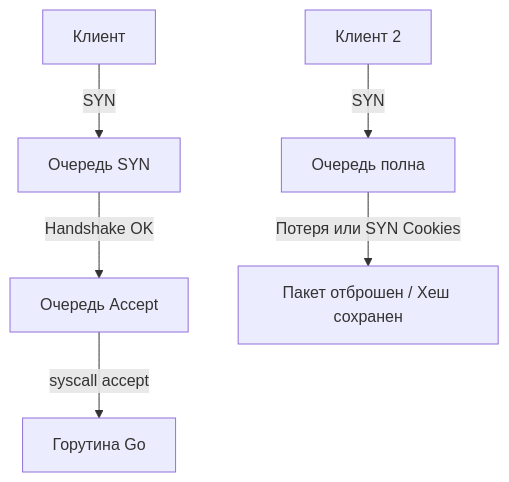
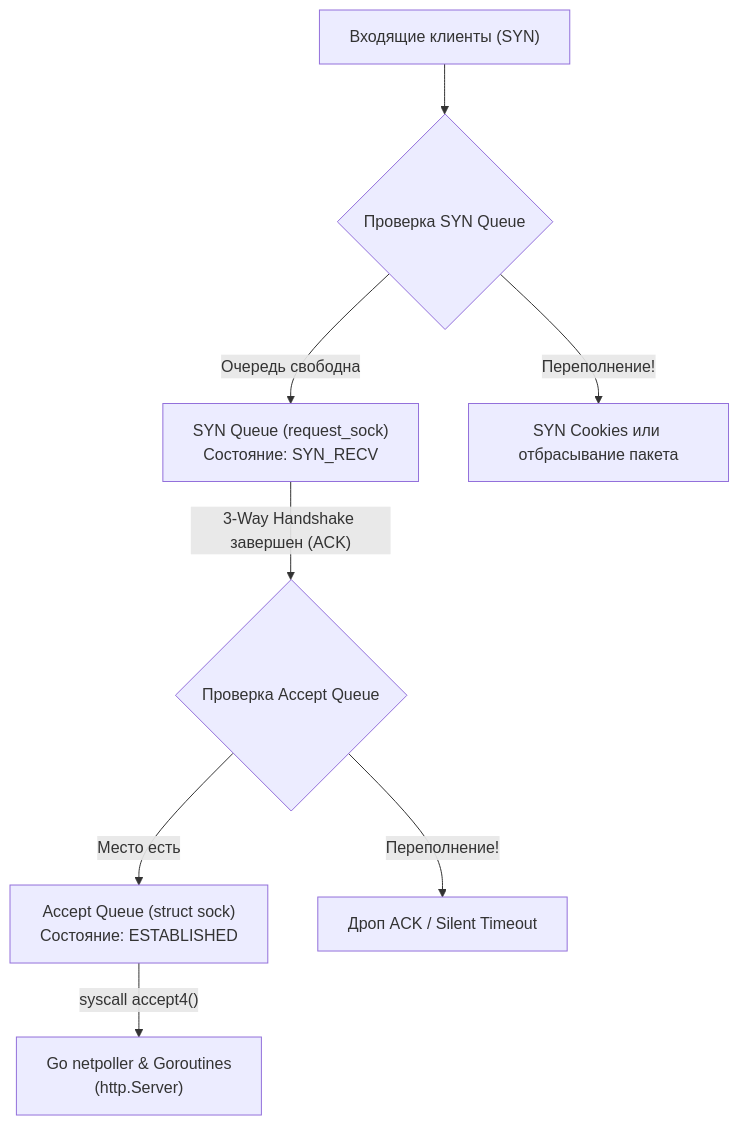
One commit to UnrealTemplier/go-textbook changed the first of 3 diagrams in sources/2. Устройство и работа ОС/49. Backlog, SYN Queue и Accept Queue.md. Above: the diagram before and after it, drawn with Mermaid. The commit also changed other lines of this file, not shown here.

Commit message:
feat(module-02): editorial rewrite of Lecture 49 (Backlog, SYN Queue, Accept Queue, SYN Cookies, somaxconn, listen_lock) in Kernighan style

````diff
--- a/sources/2. Устройство и работа ОС/49. Backlog, SYN Queue и Accept Queue.md
+++ b/sources/2. Устройство и работа ОС/49. Backlog, SYN Queue и Accept Queue.md
@@ -26,8 +16,15 @@
 ```mermaid
 flowchart TD
-    Client["Клиент"] -->|SYN| SYN_Queue["Очередь SYN"]
-    SYN_Queue -->|Handshake OK| Accept_Queue["Очередь Accept"]
-    Accept_Queue -->|syscall accept| Go_Goroutine["Горутина Go"]
-    Client2["Клиент 2"] -->|SYN| Overflow["Очередь полна"]
-    Overflow -->|Потеря или SYN Cookies| Drop["Пакет отброшен / Хеш сохранен"]
+    Client["Входящие клиенты (SYN)"] --> PreFilter{"Проверка SYN Queue"}
+    PreFilter -->|Очередь свободна| SYNQ["SYN Queue (request_sock)
+Состояние: SYN_RECV"]
+    PreFilter -->|Переполнение!| SYNDrop["SYN Cookies или отбрасывание пакета"]
+
+    SYNQ -->|"3-Way Handshake завершен (ACK)"| PostFilter{"Проверка Accept Queue"}
+    PostFilter -->|Место есть| AcceptQ["Accept Queue (struct sock)
+Состояние: ESTABLISHED"]
+    PostFilter -->|Переполнение!| AcceptDrop["Дроп ACK / Silent Timeout"]
+
+    AcceptQ -->|"syscall accept4()"| GoNetpoll["Go netpoller & Goroutines
+(http.Server)"]
 ```
````
